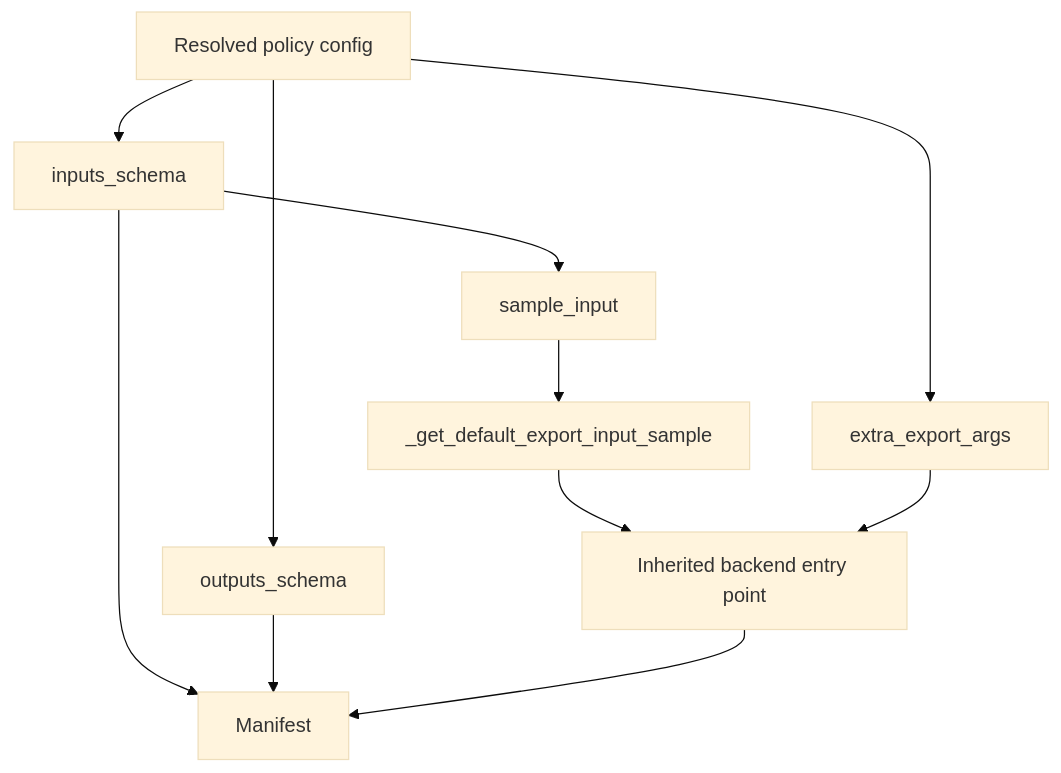
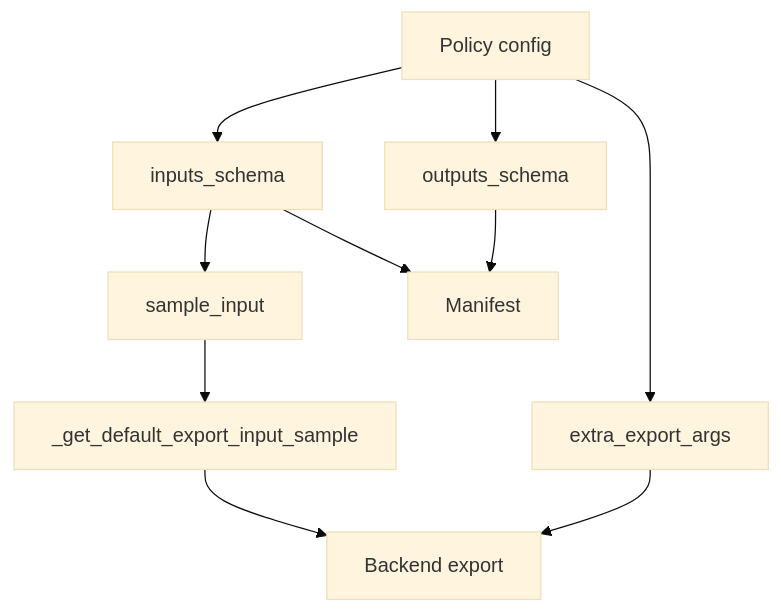
Before and after one commit to alfieroddan/physical-ai-studio: the diagram in library/docs/explanation/policy/export.md, drawn with Mermaid (base theme). The commit also changed other lines of this file and 8 other files, not shown here.

````diff
--- a/library/docs/explanation/policy/export.md
+++ b/library/docs/explanation/policy/export.md
@@ -15,13 +11,12 @@
 ```mermaid
 flowchart TD
-    C[Resolved policy config] --> IS[inputs_schema]
+    C[Policy config] --> IS[inputs_schema]
     C --> OS[outputs_schema]
     C --> EA[extra_export_args]
     IS --> SI[sample_input]
     SI --> PS[_get_default_export_input_sample]
-    PS --> B[Inherited backend entry point]
+    PS --> B[Backend export]
     EA --> B
     IS --> M[Manifest]
     OS --> M
-    B --> M
 ```
````
